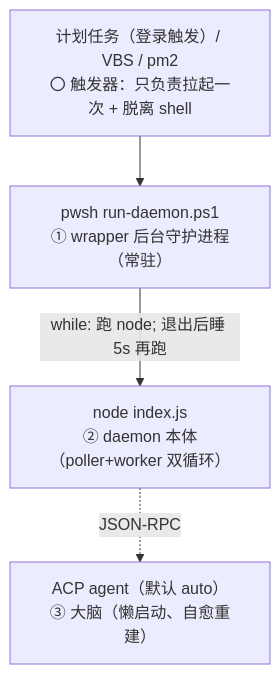
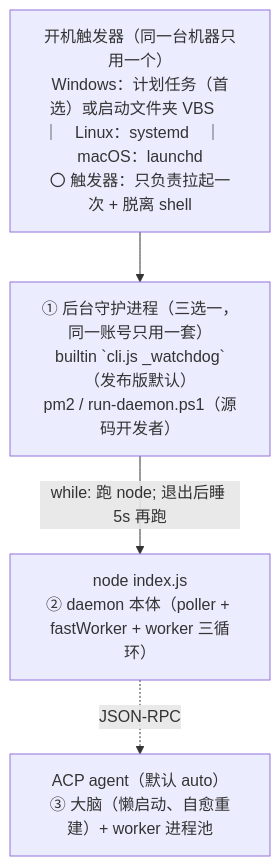
The diagram in docs/repowiki/10-部署与运维.md (imwangpan/WeMind), drawn with Mermaid before and after one commit. The commit also changed other lines of this file and 52 other files, not shown here.

````diff
--- a/docs/repowiki/10-部署与运维.md
+++ b/docs/repowiki/10-部署与运维.md
@@ -15,10 +18,10 @@
 ```mermaid
 graph TD
-    T["计划任务（登录触发）/ VBS / pm2<br/>〇 触发器：只负责拉起一次 + 脱离 shell"]
-    W["pwsh run-daemon.ps1<br/>① wrapper 后台守护进程（常驻）"]
-    N["node index.js<br/>② daemon 本体（poller+worker 双循环）"]
-    B["ACP agent（默认 auto）<br/>③ 大脑（懒启动、自愈重建）"]
+    T["开机触发器（同一台机器只用一个）<br/>Windows：计划任务（首选）或启动文件夹 VBS　｜　Linux：systemd　｜　macOS：launchd<br/>〇 触发器：只负责拉起一次 + 脱离 shell"]
+    W["① 后台守护进程（三选一，同一账号只用一套）<br/>builtin `cli.js _watchdog`（发布版默认）<br/>pm2 / run-daemon.ps1（源码开发者）"]
+    N["node index.js<br/>② daemon 本体（poller + fastWorker + worker 三循环）"]
+    B["ACP agent（默认 auto）<br/>③ 大脑（懒启动、自愈重建）+ worker 进程池"]
     T --> W
     W -->|"while: 跑 node; 退出后睡 5s 再跑"| N
     N -.JSON-RPC.-> B
 ```
````
